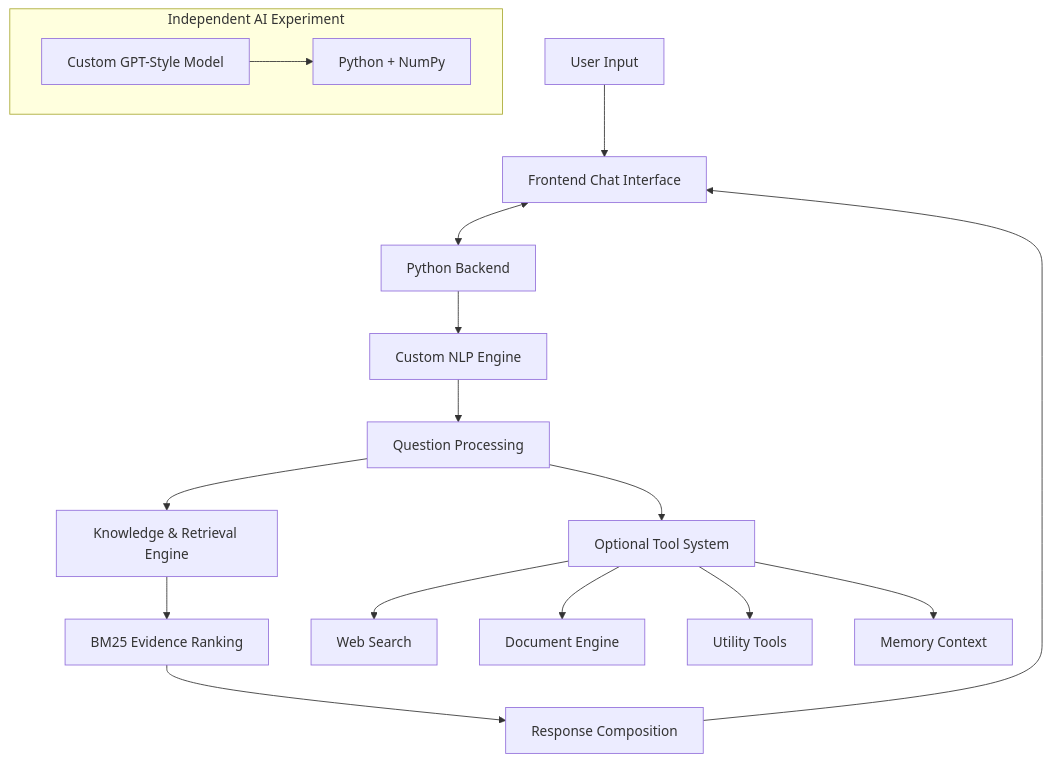
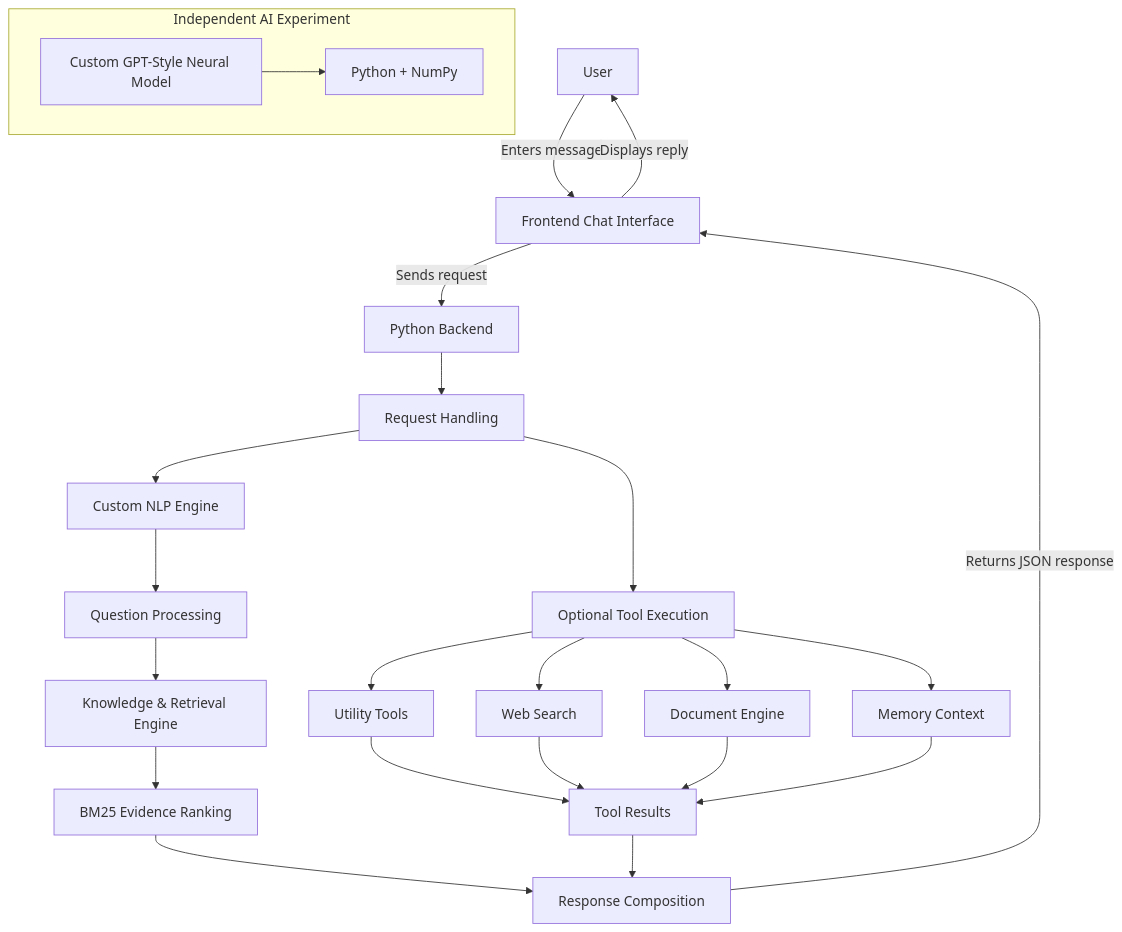
The diagram in README.md (omarabualnasr/ArabLens), drawn with Mermaid before and after one commit. The commit also changed other lines of this file, not shown here.

````diff
--- a/README.md
+++ b/README.md
@@ -155,25 +153,35 @@
 ```mermaid
 flowchart TD
-    A["User Input"] --> B["Frontend Chat Interface"]
-    B <--> C["Python Backend"]
+    A["User"] -->|"Enters message"| B["Frontend Chat Interface"]
+    B -->|"Sends request"| C["Python Backend"]
 
-    C --> D["Custom NLP Engine"]
-    D --> E["Question Processing"]
-    E --> F["Knowledge & Retrieval Engine"]
-    F --> G["BM25 Evidence Ranking"]
-    G --> H["Response Composition"]
-    H --> B
+    C --> D["Request Handling"]
+    D --> E["Custom NLP Engine"]
+    E --> F["Question Processing"]
+    F --> G["Knowledge & Retrieval Engine"]
+    G --> H["BM25 Evidence Ranking"]
+    H --> I["Response Composition"]
 
-    E --> I["Optional Tool System"]
+    D --> J["Optional Tool Execution"]
 
-    I --> J["Web Search"]
-    I --> K["Document Engine"]
-    I --> L["Utility Tools"]
-    I --> M["Memory Context"]
+    J --> K["Utility Tools"]
+    J --> L["Web Search"]
+    J --> M["Document Engine"]
+    J --> N["Memory Context"]
+
+    K --> O["Tool Results"]
+    L --> O
+    M --> O
+    N --> O
+
+    O --> I
+
+    I -->|"Returns JSON response"| B
+    B -->|"Displays reply"| A
 
     subgraph EXP["Independent AI Experiment"]
-        N["Custom GPT-Style Model"]
-        O["Python + NumPy"]
-        N --> O
+        P["Custom GPT-Style Neural Model"]
+        Q["Python + NumPy"]
+        P --> Q
     end
 ```
````
